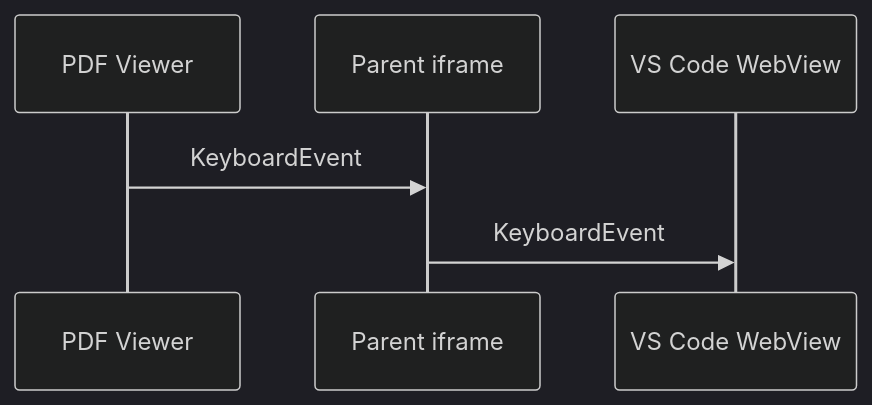
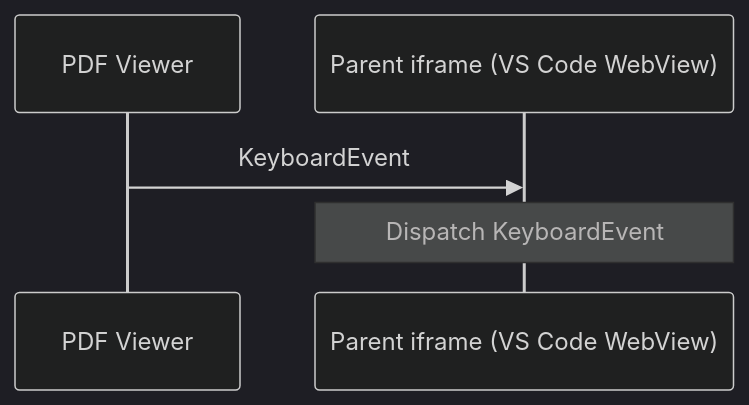
Before and after one commit to James-Yu/LaTeX-Workshop: the seventh of 7 diagrams in viewer/README.md, drawn with Mermaid (dark theme). The commit also changed other lines of this file, not shown here.

Commit message:
Edit diagrams [skip ci]

````diff
--- a/viewer/README.md
+++ b/viewer/README.md
@@ -159,8 +160,7 @@
 ```mermaid
 sequenceDiagram
   participant Viewer as PDF Viewer
-  participant Iframe as Parent iframe
-  participant WebView as VS Code WebView
+  participant Iframe as Parent iframe (VS Code WebView)
   Viewer->>Iframe: KeyboardEvent
-  Iframe->>WebView: KeyboardEvent
+  Note over Iframe: Dispatch KeyboardEvent
 ```
````
